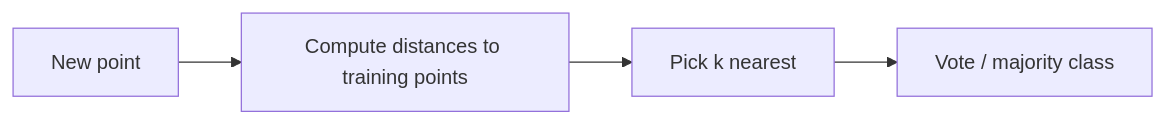
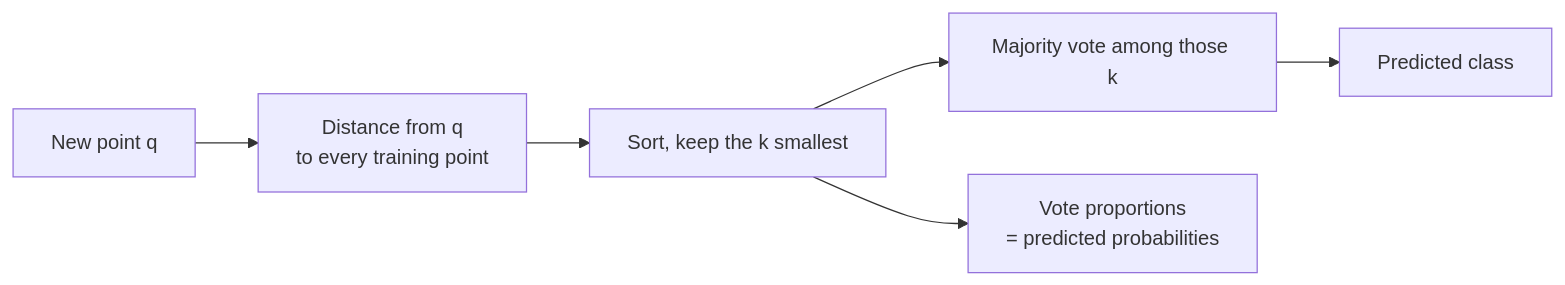
The diagram in src/content/docs/Machine Learning/Phase 04 - Supervised Learning - Classification/K-Nearest Neighbors (KNN).mdx (Ravikisha/PythonCentralHub), drawn with Mermaid before and after one commit. The commit also changed other lines of this file and 1327 other files, not shown here.

````diff
--- a/src/content/docs/Machine Learning/Phase 04 - Supervised Learning - Classification/K-Nearest Neighbors (KNN).mdx
+++ b/src/content/docs/Machine Learning/Phase 04 - Supervised Learning - Classification/K-Nearest Neighbors (KNN).mdx
@@ -27,6 +32,8 @@
 ```mermaid
 flowchart LR
-  N[New point] --> D[Compute distances to training points]
-  D --> K[Pick k nearest]
-  K --> V[Vote / majority class]
+  Q["New point q"] --> D["Distance from q<br/>to every training point"]
+  D --> S["Sort, keep the k smallest"]
+  S --> V["Majority vote among those k"]
+  V --> P["Predicted class"]
+  S --> R["Vote proportions<br/>= predicted probabilities"]
 ```
````
